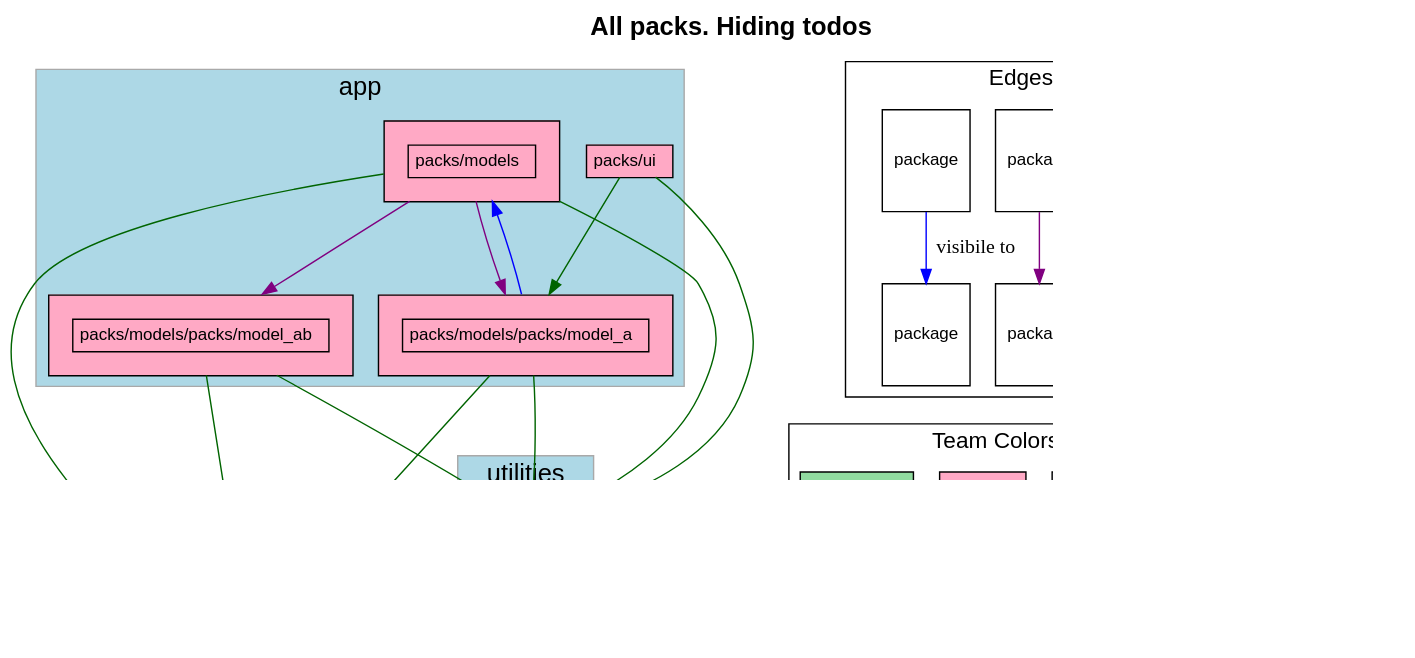
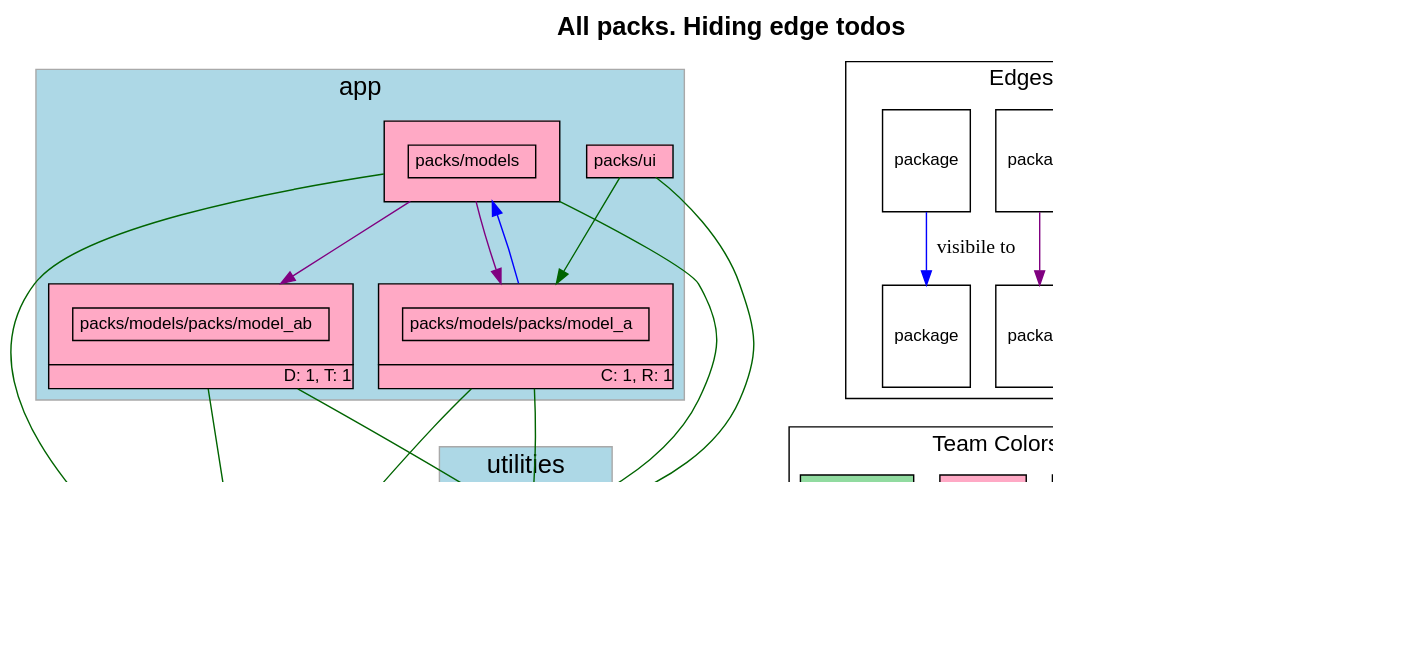
Before and after one commit to rubyatscale/visualize_packs: the diagram in spec/sample_app1/test_output/no_todos.dot, drawn with Graphviz. The commit also changed 29 other files, not shown here.

```diff
--- a/spec/sample_app1/test_output/no_todos.dot
+++ b/spec/sample_app1/test_output/no_todos.dot
@@ -1,190 +1,196 @@
 digraph package_diagram {
   rankdir=TD
   graph [
     labelloc="t"
     fontname="Helvetica,Arial,sans-serif"
     dpi=100
     layout=dot
-    label=<<b>All packs. Hiding todos</b>>
+    label=<<b>All packs. Hiding edge todos</b>>
     fontsize=18
   ]
   node [
     fontname="Helvetica,Arial,sans-serif"
     fontsize=26.0
     fontcolor=black
     fillcolor=white
     color=black
     height=1.0
     style=filled
     shape=plain
   ]
     subgraph app {
       shape=box
       color=darkgrey
       fillcolor=lightblue
       style=filled
         label="app"
         cluster=true
         rank = 0        "packs/models" [
             fontsize=12.0
               URL="https://github.com/rubyatscale/visualize_packwerk/tree/main/spec/sample_app/packs/models"
 
               style=filled
               fillcolor="#FFA9C5"
             label= <
                 <table border='0' cellborder='1' cellspacing='0' cellpadding='16'><tr><td>
                   <table border='0' cellborder='1' cellspacing='0' cellpadding='4'>
                     <tr> <td port='private'> packs/models </td> </tr>
                   </table>
-                </td></tr></table>
+                  </td></tr>
+                  </table>
               >
           ]
         
         "packs/models/packs/model_a" [
             fontsize=12.0
               URL="https://github.com/rubyatscale/visualize_packwerk/tree/main/spec/sample_app/packs/models/packs/model_a"
 
               style=filled
               fillcolor="#FFA9C5"
             label= <
                 <table border='0' cellborder='1' cellspacing='0' cellpadding='16'><tr><td>
                   <table border='0' cellborder='1' cellspacing='0' cellpadding='4'>
                     <tr> <td port='private'> packs/models/packs/model_a </td> </tr>
                   </table>
-                </td></tr></table>
+                  </td></tr>
+                  <tr><td CELLPADDING='1' ALIGN='RIGHT'>C: 1, R: 1</td></tr>
+                  </table>
               >
           ]
         
         "packs/models/packs/model_ab" [
             fontsize=12.0
               URL="https://github.com/rubyatscale/visualize_packwerk/tree/main/spec/sample_app/packs/models/packs/model_ab"
 
               style=filled
               fillcolor="#FFA9C5"
             label= <
                 <table border='0' cellborder='1' cellspacing='0' cellpadding='16'><tr><td>
                   <table border='0' cellborder='1' cellspacing='0' cellpadding='4'>
                     <tr> <td port='private'> packs/models/packs/model_ab </td> </tr>
                   </table>
-                </td></tr></table>
+                  </td></tr>
+                  <tr><td CELLPADDING='1' ALIGN='RIGHT'>D: 1, T: 1</td></tr>
+                  </table>
               >
           ]
         
         "packs/ui" [
             fontsize=12.0
               URL="https://github.com/rubyatscale/visualize_packwerk/tree/main/spec/sample_app/packs/ui"
 
               style=filled
               fillcolor="#FFA9C5"
             label= <
                 <table border='0' cellborder='1' cellspacing='0' cellpadding='4'>
                   <tr> <td align='left'> packs/ui </td> </tr>
                 </table>
               >
           ]
         
     }
     subgraph utilities {
       shape=box
       color=darkgrey
       fillcolor=lightblue
       style=filled
         label="utilities"
         cluster=true
         rank = 1        "packs/utility" [
             fontsize=12.0
               URL="https://github.com/rubyatscale/visualize_packwerk/tree/main/spec/sample_app/packs/utility"
 
               style=filled
               fillcolor="#91DBA0"
             label= <
                 <table border='0' cellborder='1' cellspacing='0' cellpadding='4'>
                   <tr> <td align='left'> packs/utility </td> </tr>
+                  <tr><td CELLPADDING='1' ALIGN='RIGHT'>C: 1, D: 0, R: 1, T: 0</td></tr>
                 </table>
               >
           ]
         
     }
               "packs/models" -> "packs/utility" [ style=invis ]
               "packs/models/packs/model_a" -> "packs/utility" [ style=invis ]
               "packs/models/packs/model_ab" -> "packs/utility" [ style=invis ]
               "packs/ui" -> "packs/utility" [ style=invis ]
     subgraph NotInLayer {
       shape=box
       color=darkgrey
       fillcolor=lightblue
       style=filled
         cluster=false
         "." [
             fontsize=12.0
               URL="https://github.com/rubyatscale/visualize_packwerk/tree/main/spec/sample_app/"
 
               style=filled
               fillcolor="#B5B4BD"
             label= <
                 <table border='0' cellborder='1' cellspacing='0' cellpadding='4'>
                   <tr> <td align='left'> . </td> </tr>
                 </table>
               >
           ]
         
     }
               "packs/utility" -> "." [ style=invis ]
           "packs/models" -> "packs/utility" [ color=darkgreen ]
           "packs/models" -> "." [ color=darkgreen ]
           "packs/models/packs/model_a" -> "packs/utility" [ color=darkgreen ]
           "packs/models/packs/model_a" -> "." [ color=darkgreen ]
           "packs/models/packs/model_ab" -> "packs/utility" [ color=darkgreen ]
           "packs/models/packs/model_ab" -> "." [ color=darkgreen ]
           "packs/ui" -> "packs/models/packs/model_a" [ color=darkgreen ]
           "packs/ui" -> "packs/utility" [ color=darkgreen ]
           "packs/models" -> "packs/models/packs/model_a" [ color=purple ]
           "packs/models" -> "packs/models/packs/model_ab" [ color=purple ]
         "packs/models/packs/model_a" -> "packs/models" [ color=blue constraint=false ]
     subgraph cluster_legend {
       fontsize=16
       label="Edges Styles and Arrow Heads"
       A [ fontsize=12 shape=box label="package"]
       B [ fontsize=12 shape=box label="package"]
       A -> B [label="accepted dependency" color=darkgreen]
       K [ fontsize=12 shape=box label="package"]
       L [ fontsize=12 shape=box label="package"]
       K -> L [label="nested package" color=purple]
       M [ fontsize=12 shape=box label="package"]
       N [ fontsize=12 shape=box label="package"]
       M -> N [label="visibile to" color=blue]
       LEGEND_NODE_1 [ label="" peripheries=0 height=0 width=0 style=invis ]
       LEGEND_NODE_2 [ label="" peripheries=0 height=0 width=0 style=invis ]
       LEGEND_NODE_1 -> LEGEND_NODE_2 [ style=invis ]
     }
   subgraph cluster_teams_legend {
     fontsize=16
     label="Team Colors"
 
       "ProdInfra TeamProdInfra Team" [
         label="ProdInfra Team"
         style=filled
         fillcolor="#B5B4BD"
         fontsize=12
         shape=box
       ]
 
       "UI TeamUI Team" [
         label="UI Team"
         style=filled
         fillcolor="#FFA9C5"
         fontsize=12
         shape=box
       ]
 
       "Utility TeamUtility Team" [
         label="Utility Team"
         style=filled
         fillcolor="#91DBA0"
         fontsize=12
         shape=box
       ]
 
   }
     LEGEND_NODE_2 -> "Utility TeamUtility Team" [style=invis]
 }
```
